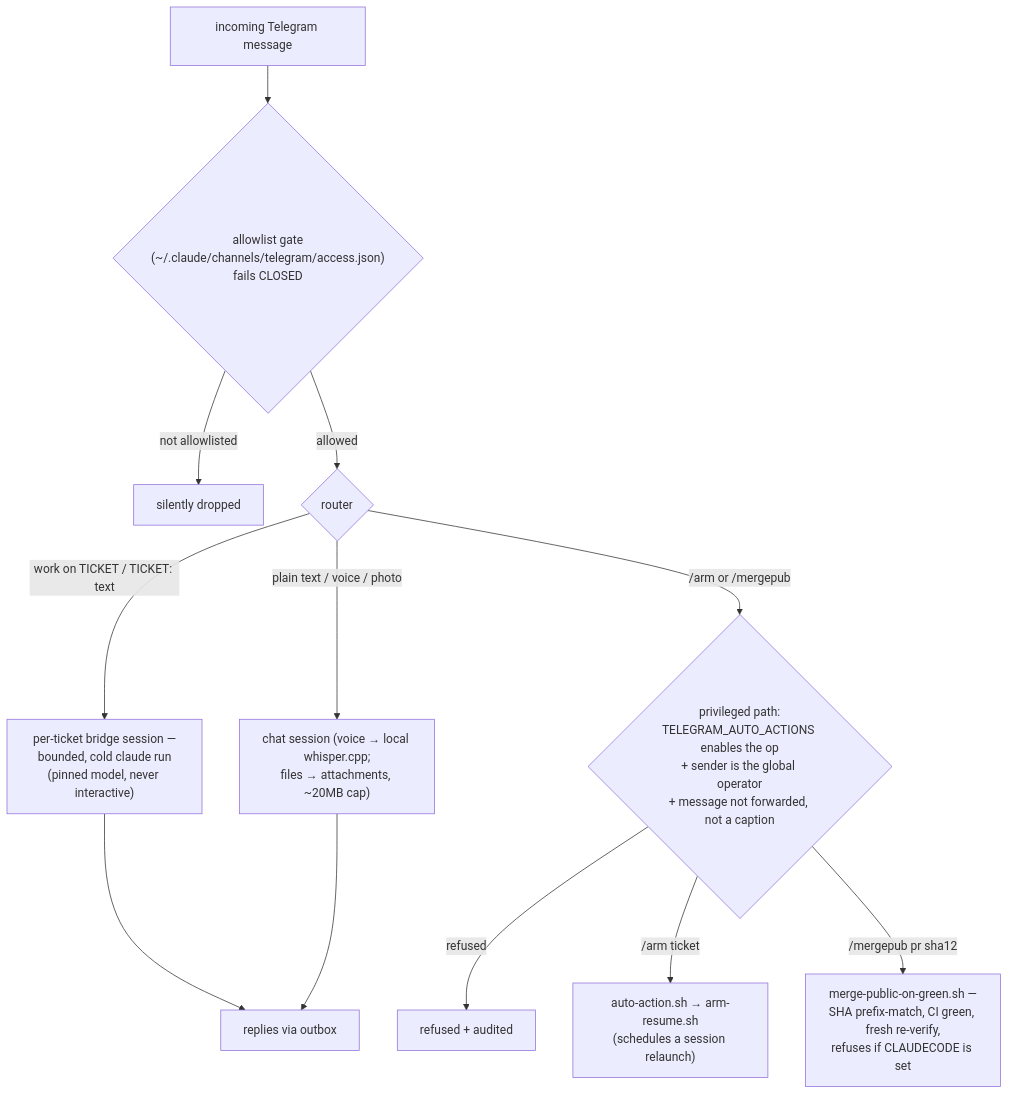
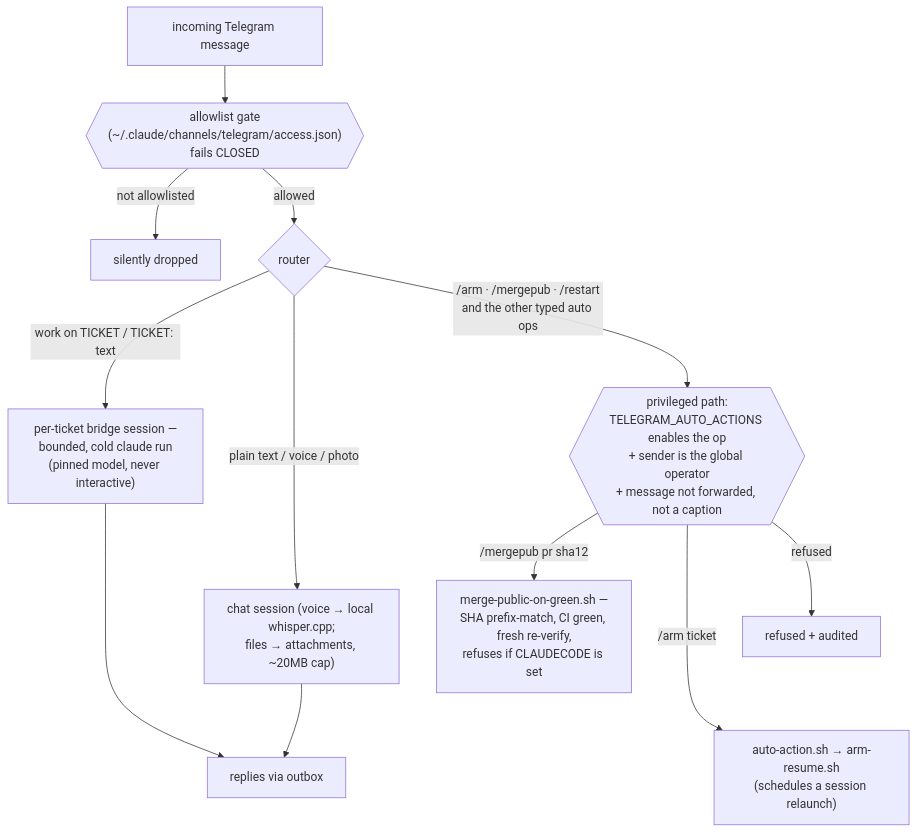
The third of 4 diagrams in docs/configuration.md (Goomal/Himmel), drawn with Mermaid before and after one commit. The commit also changed other lines of this file and 9 other files, not shown here.

First line of the commit message:
feat(docs-site): [HIMMEL-7480] the docs site draws its diagrams with pele, themed to the site (#3832)

````diff
--- a/docs/configuration.md
+++ b/docs/configuration.md
@@ -232,14 +232,16 @@
 ```mermaid
 flowchart TD
-    MSG["incoming Telegram message"] --> GATE{"allowlist gate<br/>(~/.claude/channels/telegram/access.json)<br/>fails CLOSED"}
+    MSG["incoming Telegram message"] --> GATE{{"allowlist gate<br/>(~/.claude/channels/telegram/access.json)<br/>fails CLOSED"}}
     GATE -->|not allowlisted| DROP["silently dropped"]
     GATE -->|allowed| ROUTE{"router"}
     ROUTE -->|"work on TICKET / TICKET: text"| SESS["per-ticket bridge session —<br/>bounded, cold claude run<br/>(pinned model, never interactive)"]
     ROUTE -->|"plain text / voice / photo"| CHAT["chat session (voice → local whisper.cpp;<br/>files → attachments, ~20MB cap)"]
-    ROUTE -->|"/arm or /mergepub"| PRIV{"privileged path:<br/>TELEGRAM_AUTO_ACTIONS enables the op<br/>+ sender is the global operator<br/>+ message not forwarded, not a caption"}
+    ROUTE -->|"/arm · /mergepub · /restart<br/>and the other typed auto ops"| PRIV{{"privileged path:<br/>TELEGRAM_AUTO_ACTIONS enables the op<br/>+ sender is the global operator<br/>+ message not forwarded, not a caption"}}
     PRIV -->|refused| AUDIT["refused + audited"]
     PRIV -->|"/arm ticket"| ARM["auto-action.sh → arm-resume.sh<br/>(schedules a session relaunch)"]
     PRIV -->|"/mergepub pr sha12"| MPUB["merge-public-on-green.sh —<br/>SHA prefix-match, CI green, fresh re-verify,<br/>refuses if CLAUDECODE is set"]
+    AUDIT ~~~ ARM
+    SESS ~~~ CHAT
     SESS --> OUT["replies via outbox"]
     CHAT --> OUT
 ```
````
